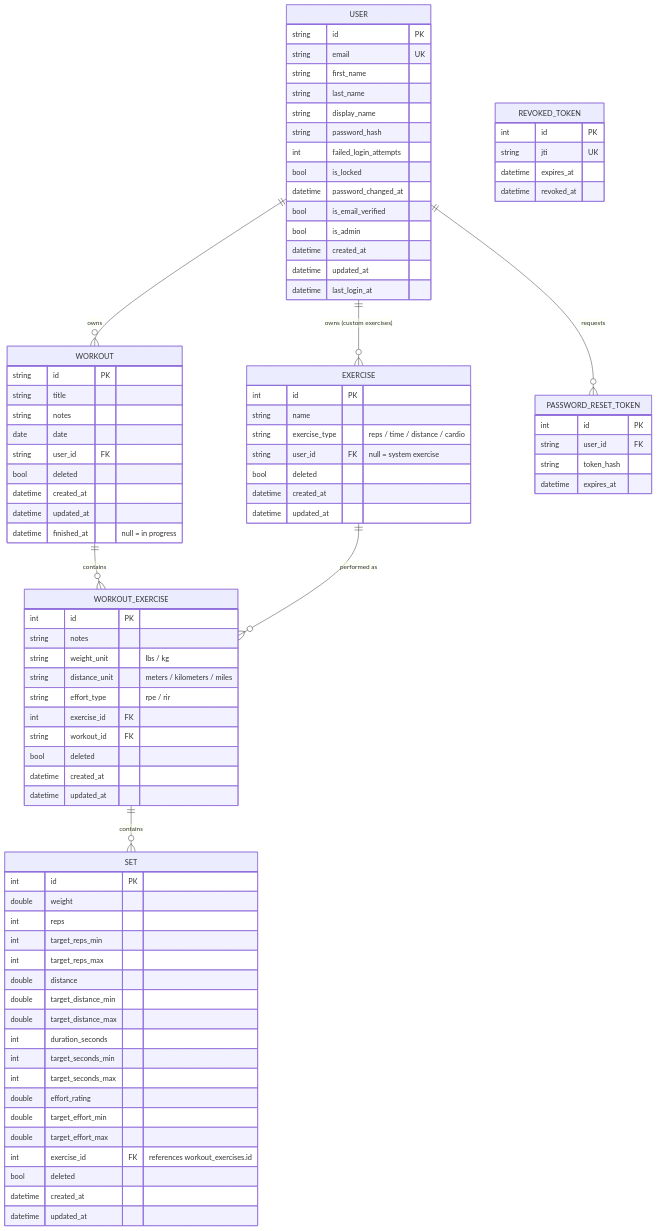
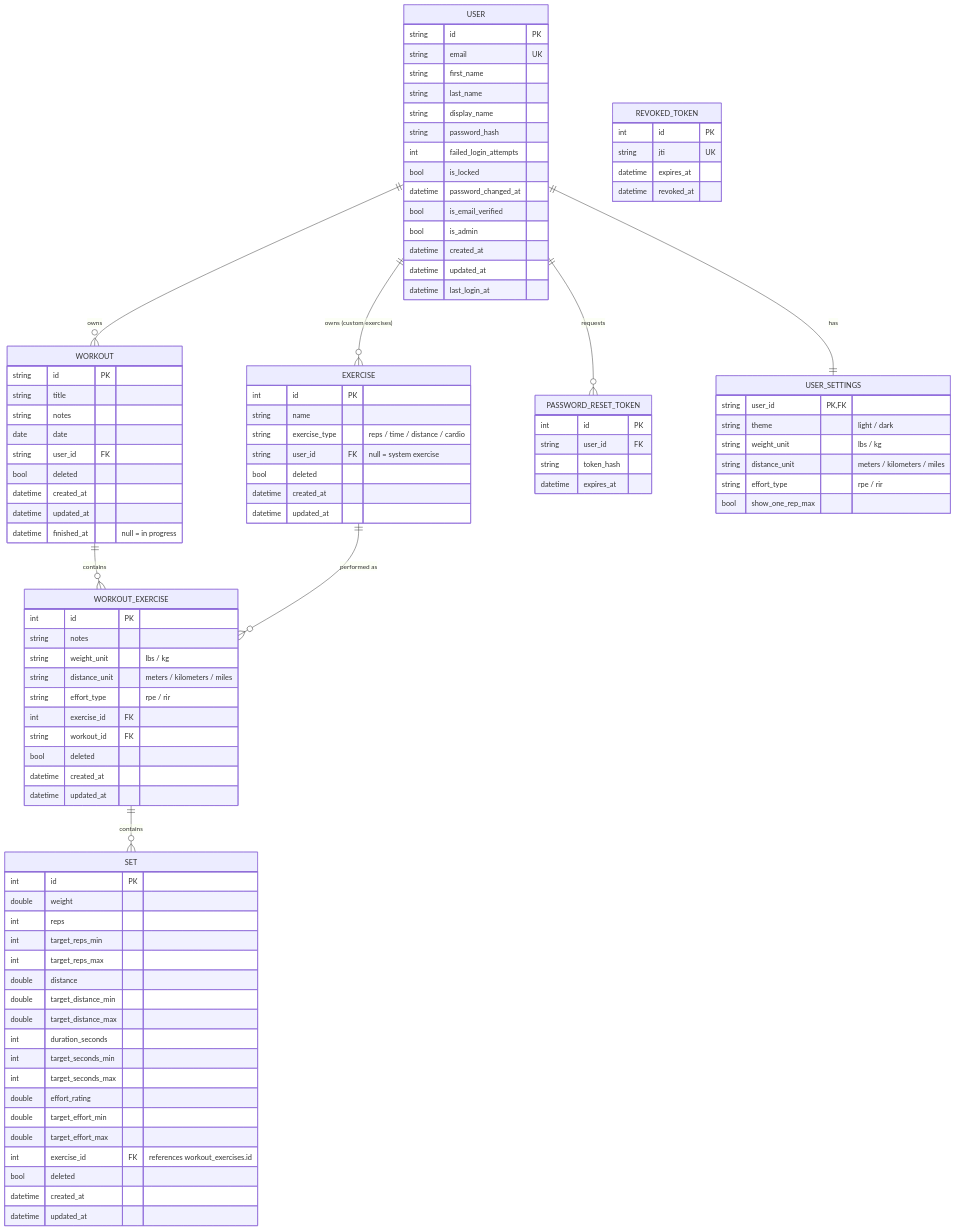
The diagram in docs/database-design.md (tylersocholotuik/workout-log-app), drawn with Mermaid before and after one commit. The commit also changed other lines of this file and 65 other files, not shown here.

First line of the commit message:
feat: Implement user settings management and account features (#73)

```diff
--- a/docs/database-design.md
+++ b/docs/database-design.md
@@ -41,6 +41,7 @@
     USER ||--o{ WORKOUT : "owns"
     USER ||--o{ EXERCISE : "owns (custom exercises)"
     USER ||--o{ PASSWORD_RESET_TOKEN : "requests"
+    USER ||--|| USER_SETTINGS : "has"
     WORKOUT ||--o{ WORKOUT_EXERCISE : "contains"
     EXERCISE ||--o{ WORKOUT_EXERCISE : "performed as"
     WORKOUT_EXERCISE ||--o{ SET : "contains"
@@ -125,6 +126,15 @@
         datetime expires_at
     }
 
+    USER_SETTINGS {
+        string user_id PK, FK
+        string theme "light / dark"
+        string weight_unit "lbs / kg"
+        string distance_unit "meters / kilometers / miles"
+        string effort_type "rpe / rir"
+        bool show_one_rep_max
+    }
+
     REVOKED_TOKEN {
         int id PK
         string jti UK
```
